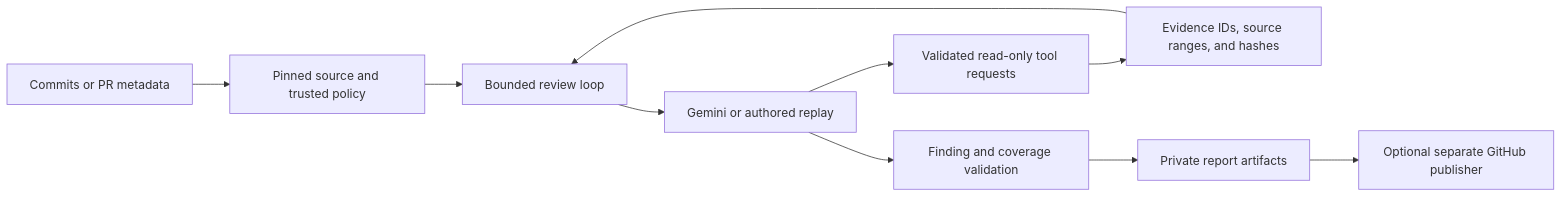
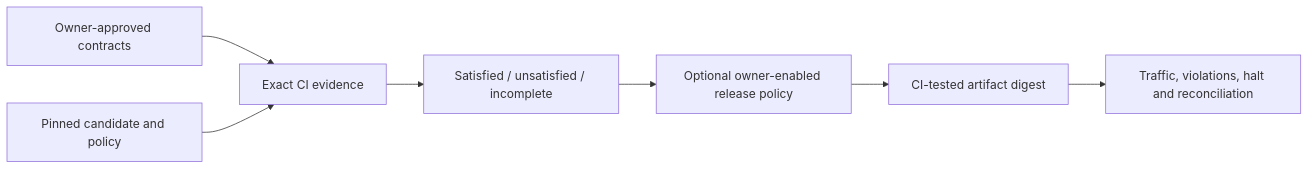
The diagram in README.md (alpercandemir/undertow), drawn with Mermaid before and after one commit. The commit also changed other lines of this file and 66 other files, not shown here.

````diff
--- a/README.md
+++ b/README.md
@@ -249,12 +13,9 @@
 ```mermaid
 flowchart LR
-    Input[Commits or PR metadata] --> Snapshot[Pinned source and trusted policy]
-    Snapshot --> Loop[Bounded review loop]
-    Loop --> Model[Gemini or authored replay]
-    Model --> Tools[Validated read-only tool requests]
-    Tools --> Evidence[Evidence IDs, source ranges, and hashes]
-    Evidence --> Loop
-    Model --> Validation[Finding and coverage validation]
-    Validation --> Reports[Private report artifacts]
-    Reports --> Publish[Optional separate GitHub publisher]
+    Intent[Owner-approved contracts] --> Verify[Exact CI evidence]
+    Candidate[Pinned candidate and policy] --> Verify
+    Verify --> Result[Satisfied / unsatisfied / incomplete]
+    Result --> Gate[Optional owner-enabled release policy]
+    Gate --> Artifact[CI-tested artifact digest]
+    Artifact --> Observe[Traffic, violations, halt and reconciliation]
 ```
````
